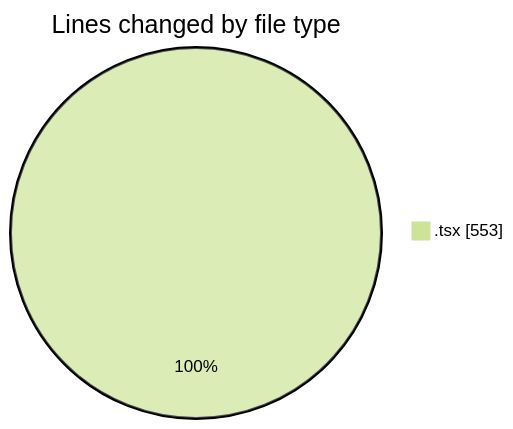
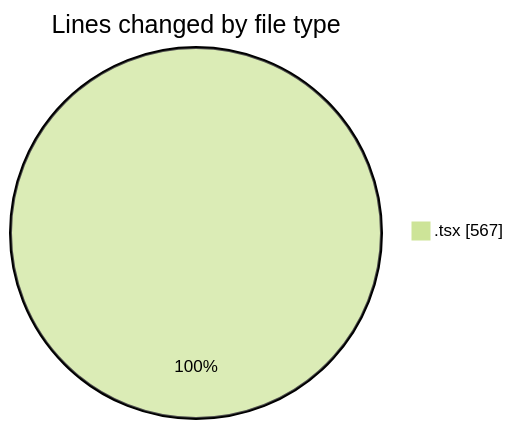
Before and after one commit to robertbonfada/code-tracking: the first of 2 diagrams in 2025-02-27/audiobooks-web/README.md, drawn with Mermaid (forest theme). The commit also changed other lines of this file and 1 other file, not shown here.

````diff
--- a/2025-02-27/audiobooks-web/README.md
+++ b/2025-02-27/audiobooks-web/README.md
@@ -25,5 +25,5 @@
 ```mermaid
 pie showData
 title Lines changed by file type
-".tsx" : 553
+".tsx" : 567
 ```
````
